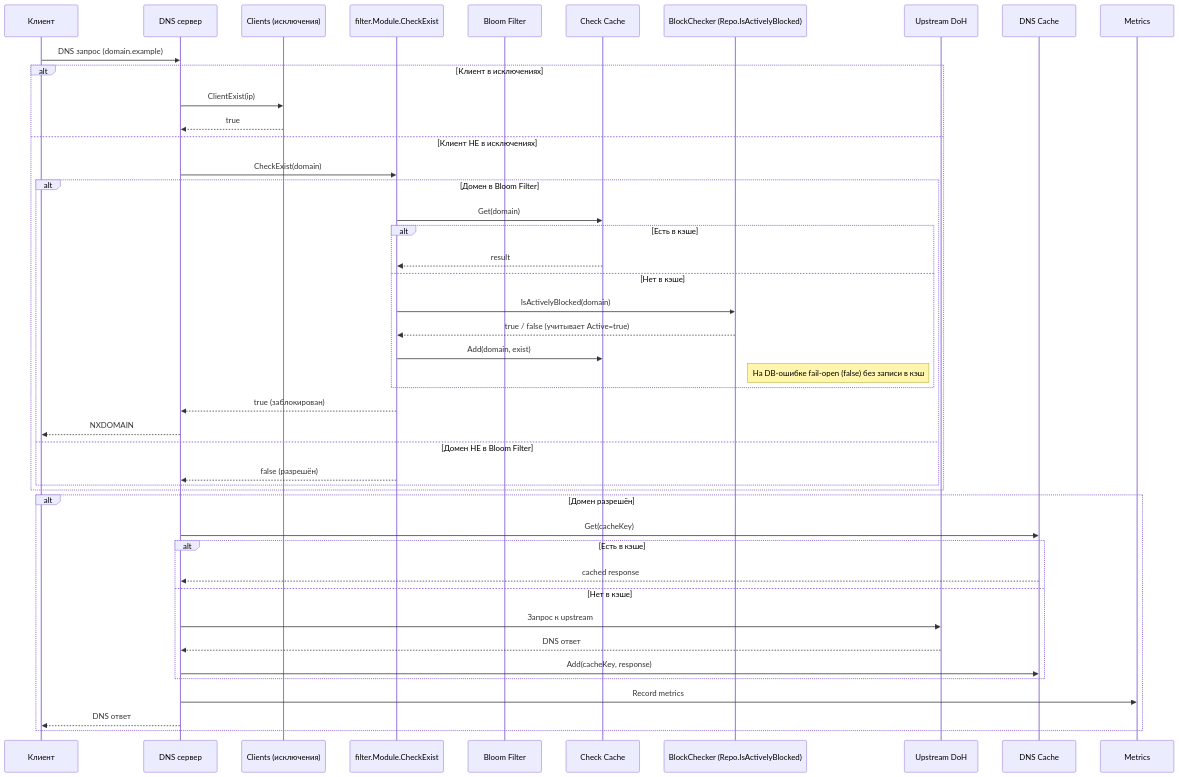
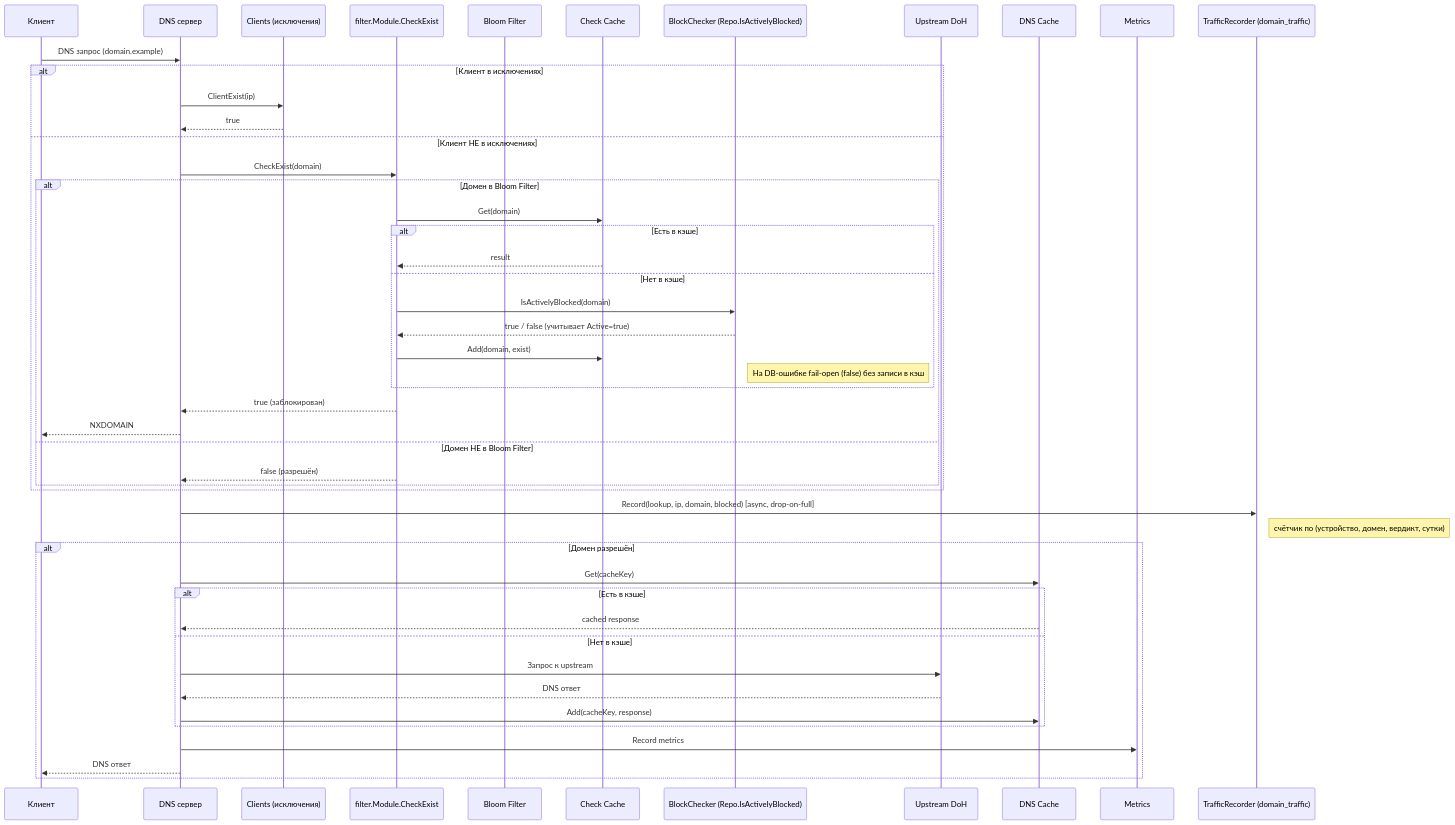
One commit to alextorq/dns-filter changed the second of 2 diagrams in ARCHITECTURE.md. Above: the diagram before and after it, drawn with Mermaid. The commit also changed other lines of this file and 14 other files, not shown here.

Commit message:
traffic: docs (README/ARCHITECTURE/CLAUDE) + final lint pass, drop working spec (step 7b)

````diff
--- a/ARCHITECTURE.md
+++ b/ARCHITECTURE.md
@@ -458,55 +519,59 @@
 ```mermaid
 sequenceDiagram
     participant C as Клиент
     participant DNS as DNS сервер
     participant Clients as Clients (исключения)
     participant Filter as filter.Module.CheckExist
     participant BF as Bloom Filter
     participant Cache as Check Cache
     participant DB as BlockChecker (Repo.IsActivelyBlocked)
     participant Up as Upstream DoH
     participant DnsCache as DNS Cache
     participant Metric as Metrics
+    participant Traffic as TrafficRecorder (domain_traffic)
 
     C->>DNS: DNS запрос (domain.example)
 
     alt Клиент в исключениях
         DNS->>Clients: ClientExist(ip)
         Clients-->>DNS: true
     else Клиент НЕ в исключениях
         DNS->>Filter: CheckExist(domain)
 
         alt Домен в Bloom Filter
             Filter->>Cache: Get(domain)
 
             alt Есть в кэше
                 Cache-->>Filter: result
             else Нет в кэше
                 Filter->>DB: IsActivelyBlocked(domain)
                 DB-->>Filter: true / false (учитывает Active=true)
                 Filter->>Cache: Add(domain, exist)
                 Note right of DB: На DB-ошибке fail-open (false) без записи в кэш
             end
 
             Filter-->>DNS: true (заблокирован)
             DNS-->>C: NXDOMAIN
         else Домен НЕ в Bloom Filter
             Filter-->>DNS: false (разрешён)
         end
     end
-    
+
+    DNS->>Traffic: Record(lookup, ip, domain, blocked) [async, drop-on-full]
+    Note right of Traffic: счётчик по (устройство, домен, вердикт, сутки)
+
     alt Домен разрешён
         DNS->>DnsCache: Get(cacheKey)
         
         alt Есть в кэше
             DnsCache-->>DNS: cached response
         else Нет в кэше
             DNS->>Up: Запрос к upstream
             Up-->>DNS: DNS ответ
             DNS->>DnsCache: Add(cacheKey, response)
         end
         
         DNS->>Metric: Record metrics
         DNS-->>C: DNS ответ
     end
 ```
````
